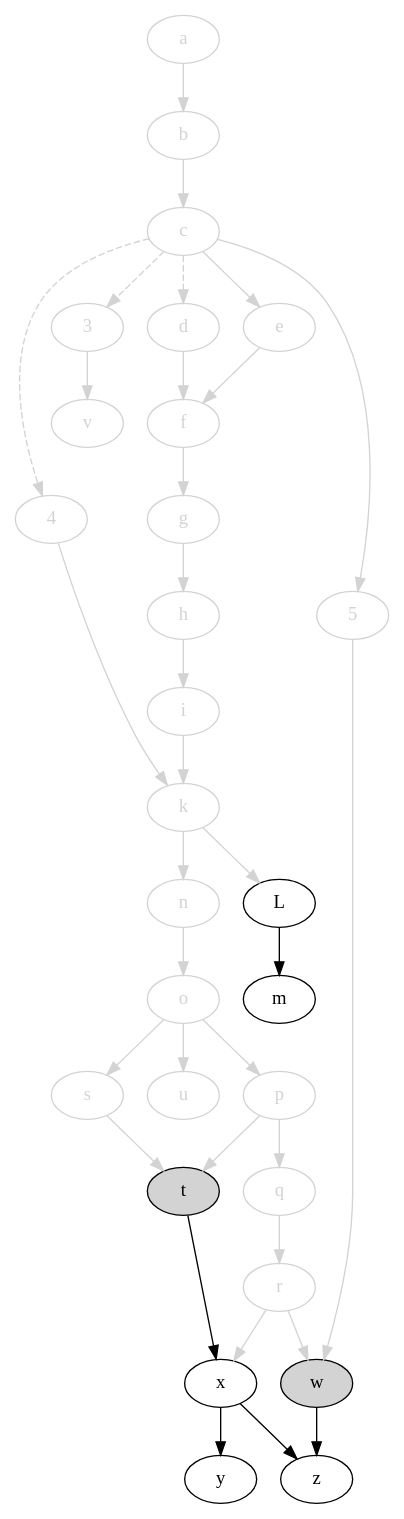
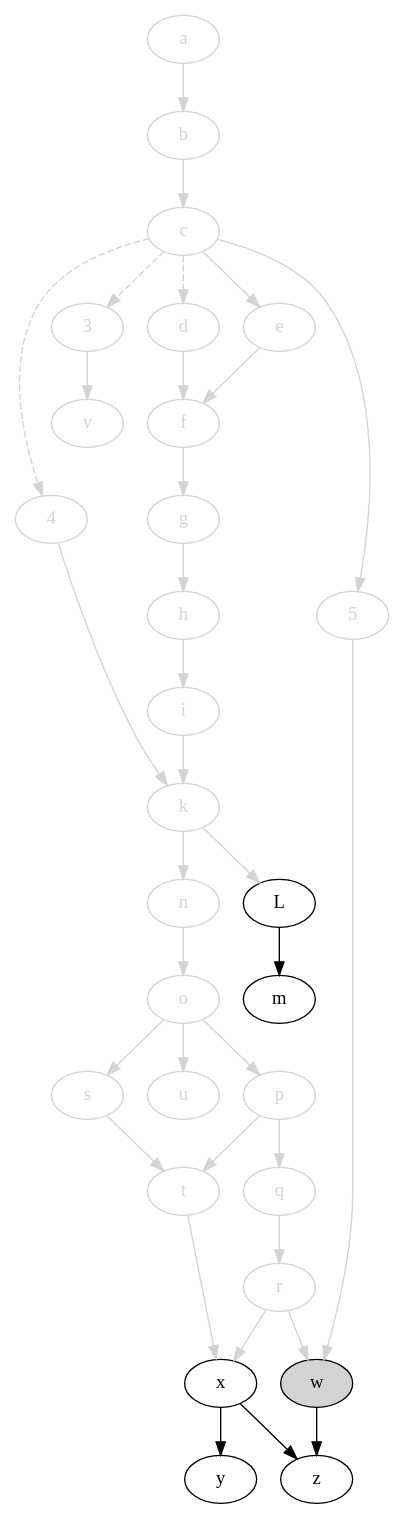
The diagram in svm-startup-deps.dot (jdmpapin/svm-startup-deps), drawn with Graphviz before and after one commit. The commit also changed 1 other file, not shown here.

```diff
--- a/svm-startup-deps.dot
+++ b/svm-startup-deps.dot
@@ -1,67 +1,67 @@
 digraph {
     // open: [style=filled,fillcolor=lightgrey]
     // closed: [color=lightgrey,fontcolor=lightgrey]
 
     4 [color=lightgrey,fontcolor=lightgrey];
     3 [color=lightgrey,fontcolor=lightgrey];
     a [color=lightgrey,fontcolor=lightgrey];
     b [color=lightgrey,fontcolor=lightgrey];
     c [color=lightgrey,fontcolor=lightgrey];
     d [color=lightgrey,fontcolor=lightgrey];
     e [color=lightgrey,fontcolor=lightgrey];
     f [color=lightgrey,fontcolor=lightgrey];
     g [color=lightgrey,fontcolor=lightgrey];
     h [color=lightgrey,fontcolor=lightgrey];
     i [color=lightgrey,fontcolor=lightgrey];
     k [color=lightgrey,fontcolor=lightgrey];
     L;
     m;
     5 [color=lightgrey,fontcolor=lightgrey];
     n [color=lightgrey,fontcolor=lightgrey];
     o [color=lightgrey,fontcolor=lightgrey];
     p [color=lightgrey,fontcolor=lightgrey];
     q [color=lightgrey,fontcolor=lightgrey];
     r [color=lightgrey,fontcolor=lightgrey];
     s [color=lightgrey,fontcolor=lightgrey];
-    t [style=filled,fillcolor=lightgrey];
+    t [color=lightgrey,fontcolor=lightgrey];
     u [color=lightgrey,fontcolor=lightgrey];
     v [color=lightgrey,fontcolor=lightgrey];
     w [style=filled,fillcolor=lightgrey];
     x;
     y;
     z;
 
     4 -> k [color=lightgrey];
     c -> 4 [style=dashed,color=lightgrey];
     c -> 3 [style=dashed,color=lightgrey];
     c -> d [style=dashed,color=lightgrey];
     3 -> v [color=lightgrey];
     a -> b [color=lightgrey];
     b -> c [color=lightgrey];
     c -> e [color=lightgrey];
     c -> 5 [color=lightgrey];
     d -> f [color=lightgrey];
     e -> f [color=lightgrey];
     f -> g [color=lightgrey];
     g -> h [color=lightgrey];
     h -> i [color=lightgrey];
     i -> k [color=lightgrey];
     k -> L [color=lightgrey];
     L -> m;
     k -> n [color=lightgrey];
     n -> o [color=lightgrey];
     o -> p [color=lightgrey];
     p -> q [color=lightgrey];
     q -> r [color=lightgrey];
     o -> s [color=lightgrey];
     s -> t [color=lightgrey];
     p -> t [color=lightgrey];
     o -> u [color=lightgrey];
     5 -> w [color=lightgrey];
     r -> w [color=lightgrey];
-    t -> x;
+    t -> x [color=lightgrey];
     r -> x [color=lightgrey];
     x -> y;
     x -> z;
     w -> z;
 }
```
